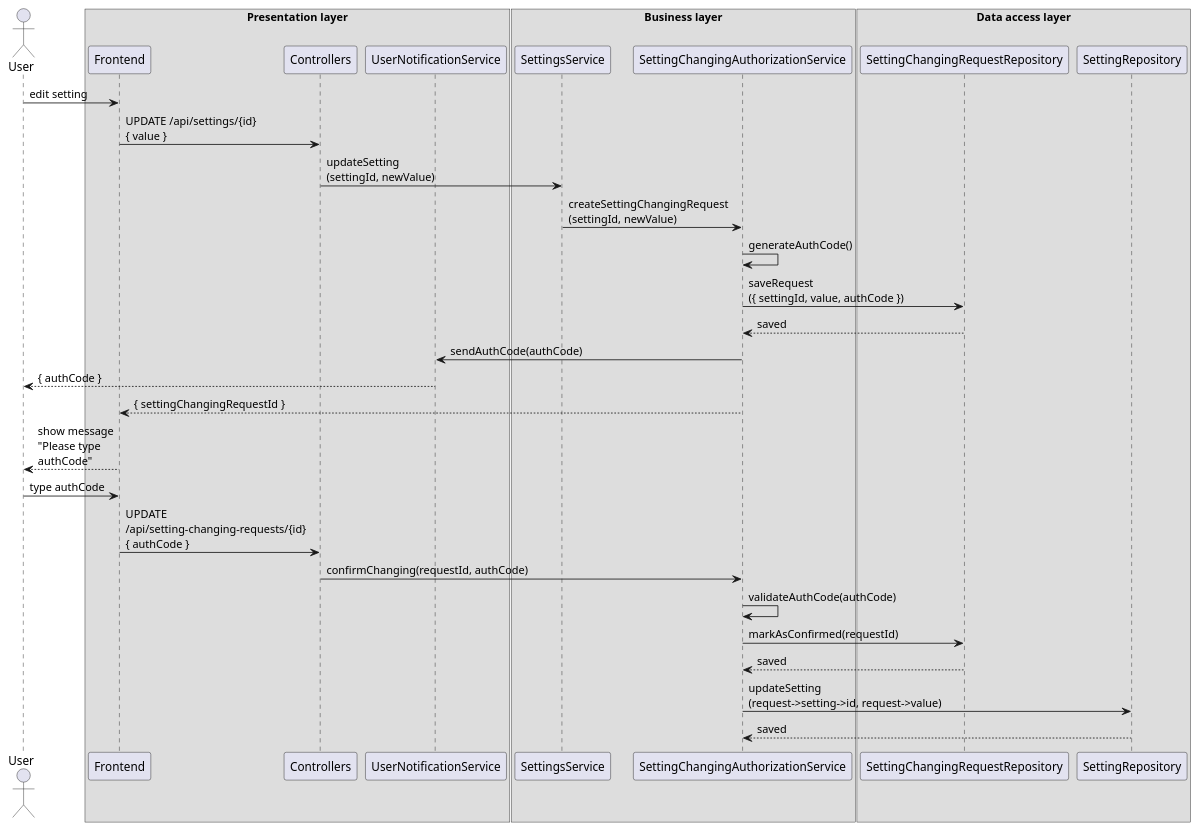
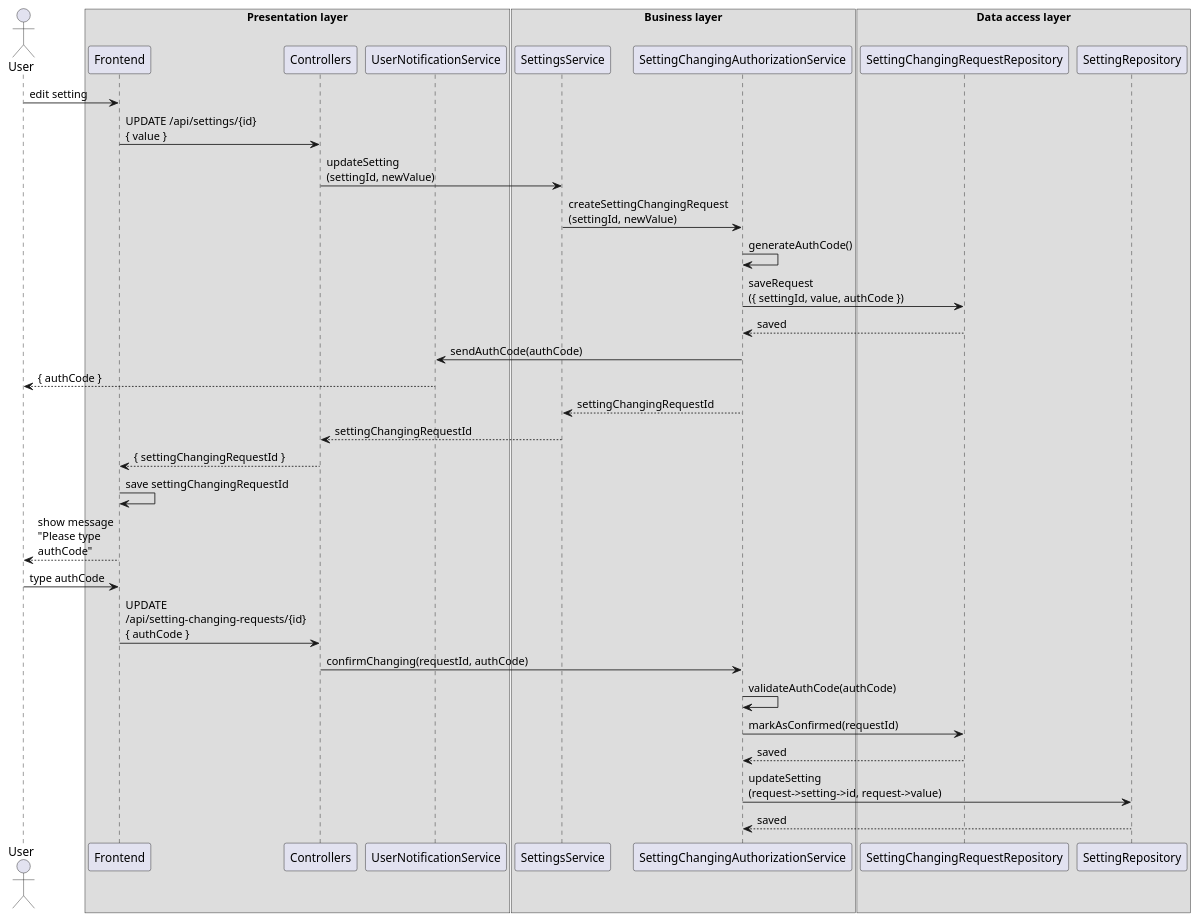
Before and after one commit to alx-sychev/setting-changing-authorization: the diagram in docs/sequence.plantuml, drawn with PlantUML.

Commit message:
fix sequence diagram

```diff
--- a/docs/sequence.plantuml
+++ b/docs/sequence.plantuml
@@ -1,43 +1,47 @@
 @startuml sequence
 
 actor User
 
 box "Presentation layer"
     participant Frontend
     participant Controllers
     participant UserNotificationService
 endbox
 
 box "Business layer"
     participant SettingsService
     participant SettingChangingAuthorizationService
 endbox
 
 box "Data access layer"
     participant SettingChangingRequestRepository
     participant SettingRepository
 endbox
 
 User -> Frontend : edit setting
 Frontend -> Controllers: UPDATE /api/settings/{id}\n{ value }
 Controllers-> SettingsService : updateSetting\n(settingId, newValue)
 
 SettingsService -> SettingChangingAuthorizationService : createSettingChangingRequest\n(settingId, newValue)
 SettingChangingAuthorizationService -> SettingChangingAuthorizationService : generateAuthCode()
 SettingChangingAuthorizationService -> SettingChangingRequestRepository : saveRequest\n({ settingId, value, authCode })
 SettingChangingRequestRepository --> SettingChangingAuthorizationService  : saved
 SettingChangingAuthorizationService  -> UserNotificationService : sendAuthCode(authCode) 
 UserNotificationService --> User : { authCode }
 
-SettingChangingAuthorizationService --> Frontend : { settingChangingRequestId }
+SettingChangingAuthorizationService --> SettingsService : settingChangingRequestId
+SettingsService --> Controllers : settingChangingRequestId
+Controllers --> Frontend : { settingChangingRequestId }
+Frontend -> Frontend : save settingChangingRequestId 
+
 Frontend --> User : show message\n"Please type\nauthCode"
 User -> Frontend : type authCode
 Frontend -> Controllers: UPDATE\n/api/setting-changing-requests/{id}\n{ authCode }
 Controllers-> SettingChangingAuthorizationService : confirmChanging(requestId, authCode)
 SettingChangingAuthorizationService -> SettingChangingAuthorizationService : validateAuthCode(authCode)
 SettingChangingAuthorizationService -> SettingChangingRequestRepository : markAsConfirmed(requestId)
 SettingChangingRequestRepository --> SettingChangingAuthorizationService : saved
 SettingChangingAuthorizationService -> SettingRepository : updateSetting\n(request->setting->id, request->value)
 SettingRepository  --> SettingChangingAuthorizationService : saved
 
 @enduml
```
